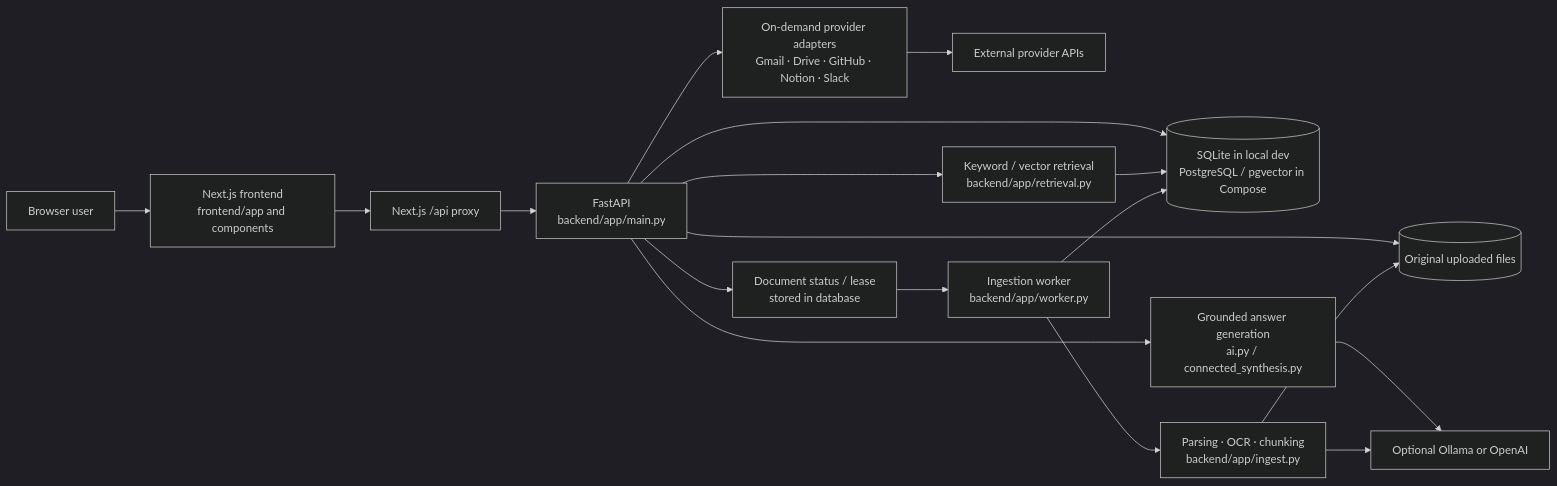
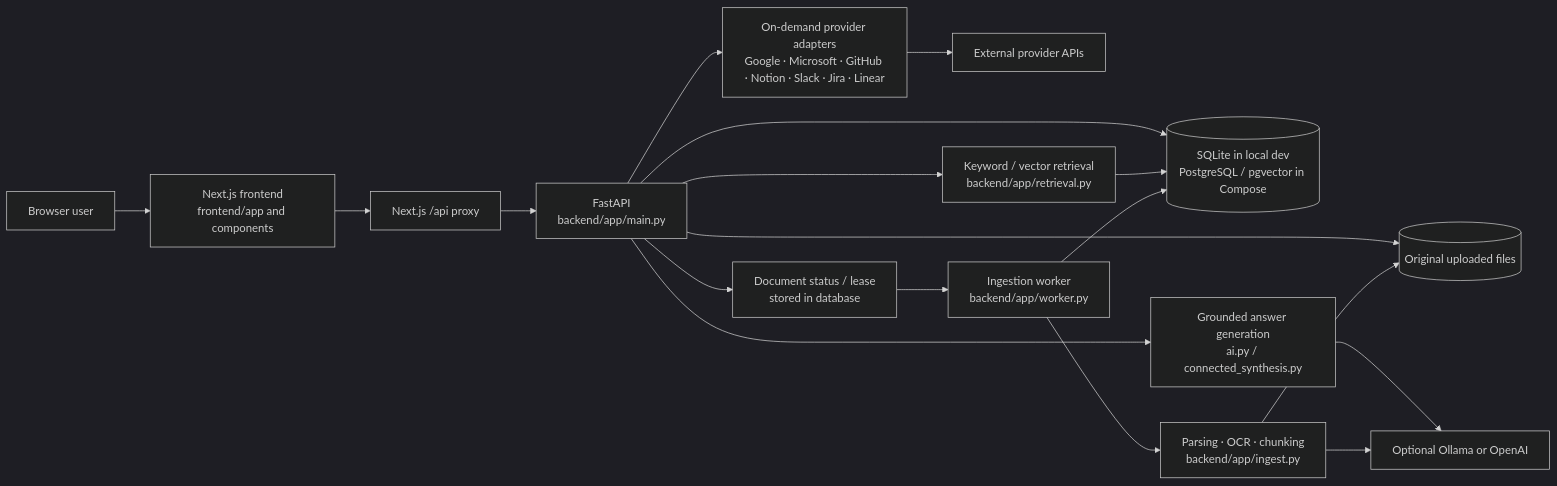
Before and after one commit to srbmaury/RAG: the first of 3 diagrams in README.md, drawn with Mermaid (dark theme). The commit also changed other lines of this file and 35 other files, not shown here.

````diff
--- a/README.md
+++ b/README.md
@@ -13,20 +13,20 @@
 ```mermaid
 flowchart LR
   User["Browser user"] --> UI["Next.js frontend<br/>frontend/app and components"]
   UI --> Proxy["Next.js /api proxy"]
   Proxy --> API["FastAPI<br/>backend/app/main.py"]
   API --> DB[("SQLite in local dev<br/>PostgreSQL / pgvector in Compose")]
   API --> Files[("Original uploaded files")]
-  API --> Conn["On-demand provider adapters<br/>Gmail · Drive · GitHub · Notion · Slack"]
+  API --> Conn["On-demand provider adapters<br/>Google · Microsoft · GitHub · Notion · Slack · Jira · Linear"]
   Conn --> Providers["External provider APIs"]
   API --> Retrieval["Keyword / vector retrieval<br/>backend/app/retrieval.py"]
   Retrieval --> DB
   API --> Synthesis["Grounded answer generation<br/>ai.py / connected_synthesis.py"]
   Synthesis --> Model["Optional Ollama or OpenAI"]
   API --> Queue["Document status / lease<br/>stored in database"]
   Queue --> Worker["Ingestion worker<br/>backend/app/worker.py"]
   Worker --> Parser["Parsing · OCR · chunking<br/>backend/app/ingest.py"]
   Parser --> Files
   Parser --> Model
   Worker --> DB
 ```
````
